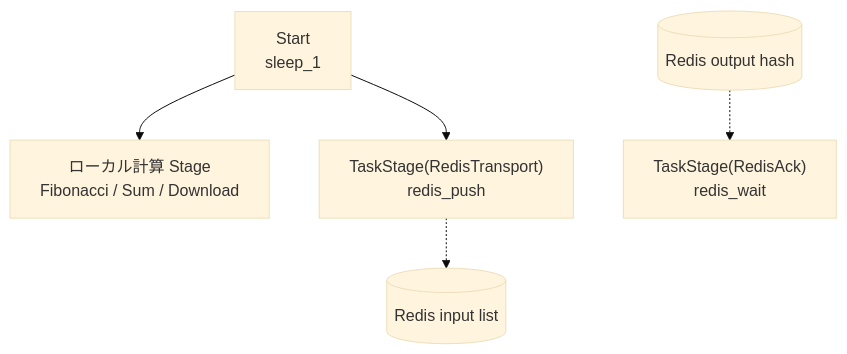
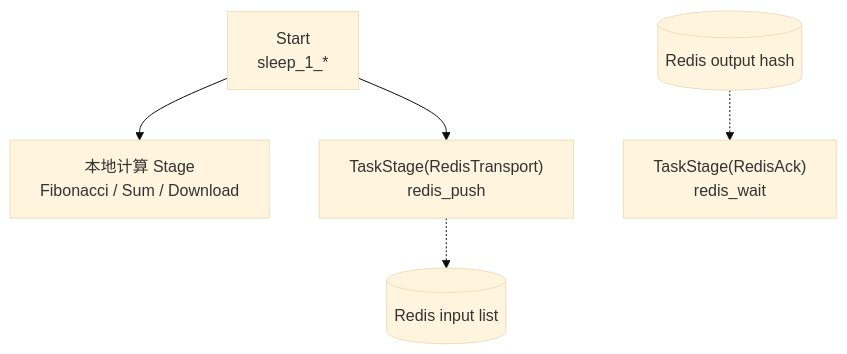
One commit to Mr-xiaotian/CelestialFlow changed the third of 4 diagrams in docs/ja/demo/demo_redis.md. Above: the diagram before and after it, drawn with Mermaid (base theme). The commit also changed other lines of this file and 156 other files, not shown here.

````diff
--- a/docs/ja/demo/demo_redis.md
+++ b/docs/ja/demo/demo_redis.md
@@ -259,7 +220,7 @@
 ```mermaid
 flowchart TB
-    Start["Start<br/>sleep_1"] --> Local["ローカル計算 Stage<br/>Fibonacci / Sum / Download"]
+    Start["Start<br/>sleep_1_*"] --> Local["本地计算 Stage<br/>Fibonacci / Sum / Download"]
     Start --> Transport["TaskStage(RedisTransport)<br/>redis_push"]
     Transport -.-> RedisIn[(Redis input list)]
     RedisOut[(Redis output hash)] -.-> Ack["TaskStage(RedisAck)<br/>redis_wait"]
 ```
````
